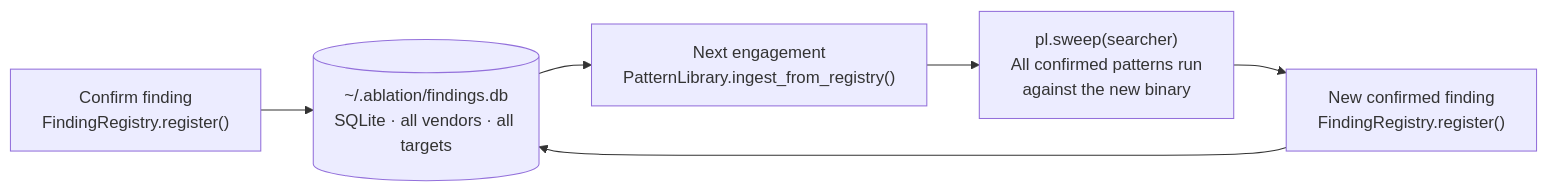
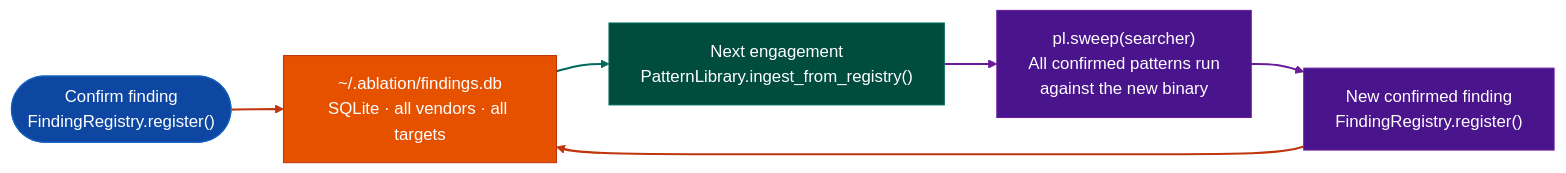
The diagram in docs/reference-modules/flywheel.md (Ablation-Tool/ablation), drawn with Mermaid before and after one commit. The commit also changed 320 other files, not shown here.

First line of the commit message:
docs: apply canonical Mermaid template to all 321 diagrams

````diff
--- a/docs/reference-modules/flywheel.md
+++ b/docs/reference-modules/flywheel.md
@@ -25,8 +25,19 @@
 ```mermaid
 flowchart LR
-    A["Confirm finding\nFindingRegistry.register()"] --> B[("~/.ablation/findings.db\nSQLite · all vendors · all targets")]
-    B --> C["Next engagement\nPatternLibrary.ingest_from_registry()"]
-    C --> D["pl.sweep(searcher)\nAll confirmed patterns run\nagainst the new binary"]
-    D --> E["New confirmed finding\nFindingRegistry.register()"]
-    E --> B
+    A(["Confirm finding\nFindingRegistry.register()"]):::input --> B["~/.ablation/findings.db\nSQLite · all vendors · all targets"]:::primary
+    B:::primary --> C["Next engagement\nPatternLibrary.ingest_from_registry()"]:::secondary
+    C:::secondary --> D["pl.sweep(searcher)\nAll confirmed patterns run\nagainst the new binary"]:::tertiary
+    D:::tertiary --> E["New confirmed finding\nFindingRegistry.register()"]:::tertiary
+    E:::tertiary --> B:::primary
+    classDef input     fill:#0d47a1,stroke:#1565c0,color:#fff
+    classDef primary   fill:#e65100,stroke:#bf360c,color:#fff
+    classDef secondary fill:#004d40,stroke:#00695c,color:#fff
+    classDef tertiary  fill:#4a148c,stroke:#6a1b9a,color:#fff
+    classDef neutral   fill:#37474f,stroke:#546e7a,color:#fff
+    classDef output    fill:#1b5e20,stroke:#2e7d32,color:#fff
+    linkStyle 0 stroke:#bf360c,stroke-width:2px
+    linkStyle 1 stroke:#00695c,stroke-width:2px
+    linkStyle 2 stroke:#6a1b9a,stroke-width:2px
+    linkStyle 3 stroke:#6a1b9a,stroke-width:2px
+    linkStyle 4 stroke:#bf360c,stroke-width:2px
 ```
````
